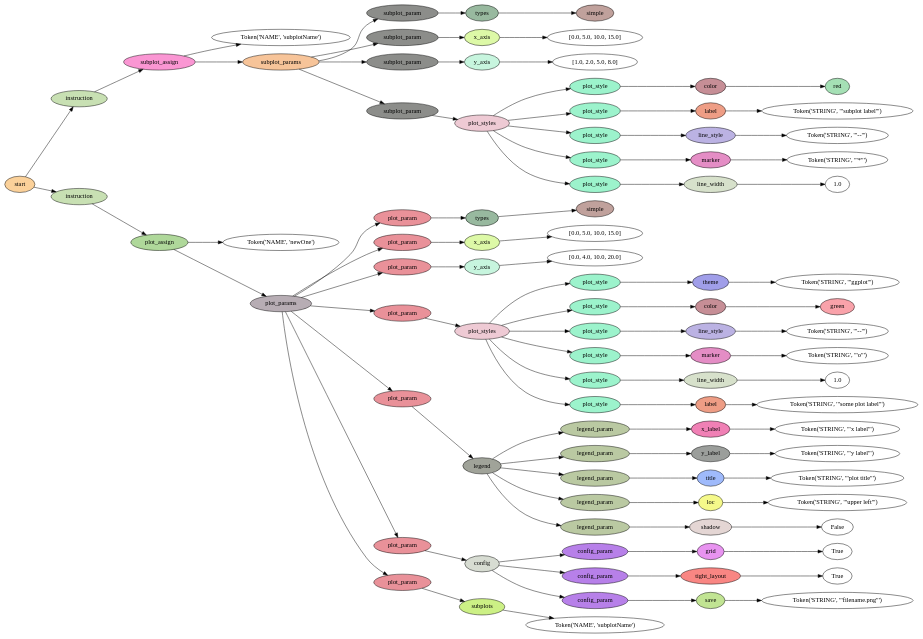
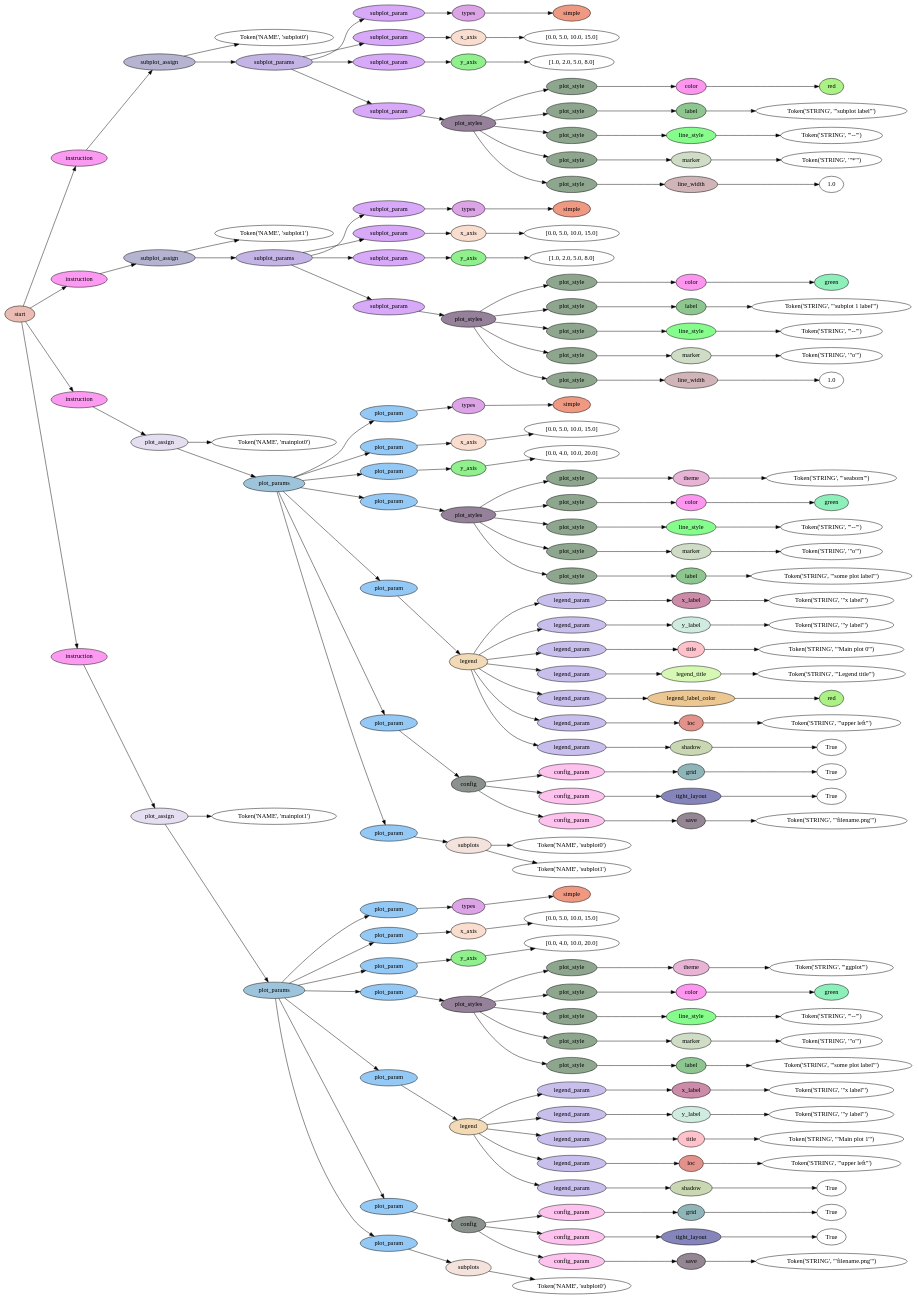
One commit to nichitaa/dsl changed the diagram in main.py.dot. Above: the diagram before and after it, drawn with Graphviz. The commit also changed 3 other files, not shown here.

```diff
--- a/main.py.dot
+++ b/main.py.dot
@@ -1,192 +1,382 @@
 digraph G {
 rankdir=LR;
-0 [label="Token('NAME', 'subplotName')"];
-1 [fillcolor="#c0a19c", label=simple, style=filled];
-2 [fillcolor="#98b99f", label=types, style=filled];
+0 [label="Token('NAME', 'subplot0')"];
+1 [fillcolor="#ef9983", label=simple, style=filled];
+2 [fillcolor="#dca4e7", label=types, style=filled];
 2 -> 1;
-3 [fillcolor="#8c8d8a", label=subplot_param, style=filled];
+3 [fillcolor="#d8a9f8", label=subplot_param, style=filled];
 3 -> 2;
 4 [label="[0.0, 5.0, 10.0, 15.0]"];
-5 [fillcolor="#ddf9a7", label=x_axis, style=filled];
+5 [fillcolor="#f9ddcf", label=x_axis, style=filled];
 5 -> 4;
-6 [fillcolor="#8c8d8a", label=subplot_param, style=filled];
+6 [fillcolor="#d8a9f8", label=subplot_param, style=filled];
 6 -> 5;
 7 [label="[1.0, 2.0, 5.0, 8.0]"];
-8 [fillcolor="#c7f5de", label=y_axis, style=filled];
+8 [fillcolor="#8ff08d", label=y_axis, style=filled];
 8 -> 7;
-9 [fillcolor="#8c8d8a", label=subplot_param, style=filled];
+9 [fillcolor="#d8a9f8", label=subplot_param, style=filled];
 9 -> 8;
-10 [fillcolor="#a5e0b5", label=red, style=filled];
-11 [fillcolor="#c68e96", label=color, style=filled];
+10 [fillcolor="#abf186", label=red, style=filled];
+11 [fillcolor="#fd96ef", label=color, style=filled];
 11 -> 10;
-12 [fillcolor="#9cf3cc", label=plot_style, style=filled];
+12 [fillcolor="#8ea68e", label=plot_style, style=filled];
 12 -> 11;
 13 [label="Token('STRING', '\"subplot label\"')"];
-14 [fillcolor="#ee9d85", label=label, style=filled];
+14 [fillcolor="#8ec690", label=label, style=filled];
 14 -> 13;
-15 [fillcolor="#9cf3cc", label=plot_style, style=filled];
+15 [fillcolor="#8ea68e", label=plot_style, style=filled];
 15 -> 14;
 16 [label="Token('STRING', '\"--\"')"];
-17 [fillcolor="#bbb2e3", label=line_style, style=filled];
+17 [fillcolor="#85fc8b", label=line_style, style=filled];
 17 -> 16;
-18 [fillcolor="#9cf3cc", label=plot_style, style=filled];
+18 [fillcolor="#8ea68e", label=plot_style, style=filled];
 18 -> 17;
 19 [label="Token('STRING', '\"*\"')"];
-20 [fillcolor="#e48dc5", label=marker, style=filled];
+20 [fillcolor="#d0ddc6", label=marker, style=filled];
 20 -> 19;
-21 [fillcolor="#9cf3cc", label=plot_style, style=filled];
+21 [fillcolor="#8ea68e", label=plot_style, style=filled];
 21 -> 20;
 22 [label="1.0"];
-23 [fillcolor="#d7e1cb", label=line_width, style=filled];
+23 [fillcolor="#d0b4b7", label=line_width, style=filled];
 23 -> 22;
-24 [fillcolor="#9cf3cc", label=plot_style, style=filled];
+24 [fillcolor="#8ea68e", label=plot_style, style=filled];
 24 -> 23;
-25 [fillcolor="#eecad4", label=plot_styles, style=filled];
+25 [fillcolor="#958199", label=plot_styles, style=filled];
 25 -> 12;
 25 -> 15;
 25 -> 18;
 25 -> 21;
 25 -> 24;
-26 [fillcolor="#8c8d8a", label=subplot_param, style=filled];
+26 [fillcolor="#d8a9f8", label=subplot_param, style=filled];
 26 -> 25;
-27 [fillcolor="#f7c499", label=subplot_params, style=filled];
+27 [fillcolor="#c4b3e5", label=subplot_params, style=filled];
 27 -> 3;
 27 -> 6;
 27 -> 9;
 27 -> 26;
-28 [fillcolor="#fa96d3", label=subplot_assign, style=filled];
+28 [fillcolor="#b4b3d0", label=subplot_assign, style=filled];
 28 -> 0;
 28 -> 27;
-29 [fillcolor="#c8e0b3", label=instruction, style=filled];
+29 [fillcolor="#fc9af2", label=instruction, style=filled];
 29 -> 28;
-30 [label="Token('NAME', 'newOne')"];
-31 [fillcolor="#c0a19c", label=simple, style=filled];
-32 [fillcolor="#98b99f", label=types, style=filled];
+30 [label="Token('NAME', 'subplot1')"];
+31 [fillcolor="#ef9983", label=simple, style=filled];
+32 [fillcolor="#dca4e7", label=types, style=filled];
 32 -> 31;
-33 [fillcolor="#e99199", label=plot_param, style=filled];
+33 [fillcolor="#d8a9f8", label=subplot_param, style=filled];
 33 -> 32;
 34 [label="[0.0, 5.0, 10.0, 15.0]"];
-35 [fillcolor="#ddf9a7", label=x_axis, style=filled];
+35 [fillcolor="#f9ddcf", label=x_axis, style=filled];
 35 -> 34;
-36 [fillcolor="#e99199", label=plot_param, style=filled];
+36 [fillcolor="#d8a9f8", label=subplot_param, style=filled];
 36 -> 35;
-37 [label="[0.0, 4.0, 10.0, 20.0]"];
-38 [fillcolor="#c7f5de", label=y_axis, style=filled];
+37 [label="[1.0, 2.0, 5.0, 8.0]"];
+38 [fillcolor="#8ff08d", label=y_axis, style=filled];
 38 -> 37;
-39 [fillcolor="#e99199", label=plot_param, style=filled];
+39 [fillcolor="#d8a9f8", label=subplot_param, style=filled];
 39 -> 38;
-40 [label="Token('STRING', '\"ggplot\"')"];
-41 [fillcolor="#a09ee9", label=theme, style=filled];
+40 [fillcolor="#8eefba", label=green, style=filled];
+41 [fillcolor="#fd96ef", label=color, style=filled];
 41 -> 40;
-42 [fillcolor="#9cf3cc", label=plot_style, style=filled];
+42 [fillcolor="#8ea68e", label=plot_style, style=filled];
 42 -> 41;
-43 [fillcolor="#f9a2aa", label=green, style=filled];
-44 [fillcolor="#c68e96", label=color, style=filled];
+43 [label="Token('STRING', '\"subplot 1 label\"')"];
+44 [fillcolor="#8ec690", label=label, style=filled];
 44 -> 43;
-45 [fillcolor="#9cf3cc", label=plot_style, style=filled];
+45 [fillcolor="#8ea68e", label=plot_style, style=filled];
 45 -> 44;
 46 [label="Token('STRING', '\"--\"')"];
-47 [fillcolor="#bbb2e3", label=line_style, style=filled];
+47 [fillcolor="#85fc8b", label=line_style, style=filled];
 47 -> 46;
-48 [fillcolor="#9cf3cc", label=plot_style, style=filled];
+48 [fillcolor="#8ea68e", label=plot_style, style=filled];
 48 -> 47;
 49 [label="Token('STRING', '\"o\"')"];
-50 [fillcolor="#e48dc5", label=marker, style=filled];
+50 [fillcolor="#d0ddc6", label=marker, style=filled];
 50 -> 49;
-51 [fillcolor="#9cf3cc", label=plot_style, style=filled];
+51 [fillcolor="#8ea68e", label=plot_style, style=filled];
 51 -> 50;
 52 [label="1.0"];
-53 [fillcolor="#d7e1cb", label=line_width, style=filled];
+53 [fillcolor="#d0b4b7", label=line_width, style=filled];
 53 -> 52;
-54 [fillcolor="#9cf3cc", label=plot_style, style=filled];
+54 [fillcolor="#8ea68e", label=plot_style, style=filled];
 54 -> 53;
-55 [label="Token('STRING', '\"some plot label\"')"];
-56 [fillcolor="#ee9d85", label=label, style=filled];
+55 [fillcolor="#958199", label=plot_styles, style=filled];
+55 -> 42;
+55 -> 45;
+55 -> 48;
+55 -> 51;
+55 -> 54;
+56 [fillcolor="#d8a9f8", label=subplot_param, style=filled];
 56 -> 55;
-57 [fillcolor="#9cf3cc", label=plot_style, style=filled];
+57 [fillcolor="#c4b3e5", label=subplot_params, style=filled];
+57 -> 33;
+57 -> 36;
+57 -> 39;
 57 -> 56;
-58 [fillcolor="#eecad4", label=plot_styles, style=filled];
-58 -> 42;
-58 -> 45;
-58 -> 48;
-58 -> 51;
-58 -> 54;
+58 [fillcolor="#b4b3d0", label=subplot_assign, style=filled];
+58 -> 30;
 58 -> 57;
-59 [fillcolor="#e99199", label=plot_param, style=filled];
+59 [fillcolor="#fc9af2", label=instruction, style=filled];
 59 -> 58;
-60 [label="Token('STRING', '\"x label\"')"];
-61 [fillcolor="#f080b5", label=x_label, style=filled];
-61 -> 60;
-62 [fillcolor="#bac9a2", label=legend_param, style=filled];
+60 [label="Token('NAME', 'mainplot0')"];
+61 [fillcolor="#ef9983", label=simple, style=filled];
+62 [fillcolor="#dca4e7", label=types, style=filled];
 62 -> 61;
-63 [label="Token('STRING', '\"y label\"')"];
-64 [fillcolor="#9b9e9b", label=y_label, style=filled];
-64 -> 63;
-65 [fillcolor="#bac9a2", label=legend_param, style=filled];
+63 [fillcolor="#95c9f5", label=plot_param, style=filled];
+63 -> 62;
+64 [label="[0.0, 5.0, 10.0, 15.0]"];
+65 [fillcolor="#f9ddcf", label=x_axis, style=filled];
 65 -> 64;
-66 [label="Token('STRING', '\"plot title\"')"];
-67 [fillcolor="#9fbafb", label=title, style=filled];
-67 -> 66;
-68 [fillcolor="#bac9a2", label=legend_param, style=filled];
+66 [fillcolor="#95c9f5", label=plot_param, style=filled];
+66 -> 65;
+67 [label="[0.0, 4.0, 10.0, 20.0]"];
+68 [fillcolor="#8ff08d", label=y_axis, style=filled];
 68 -> 67;
-69 [label="Token('STRING', '\"upper left\"')"];
-70 [fillcolor="#f5f98a", label=loc, style=filled];
-70 -> 69;
-71 [fillcolor="#bac9a2", label=legend_param, style=filled];
+69 [fillcolor="#95c9f5", label=plot_param, style=filled];
+69 -> 68;
+70 [label="Token('STRING', '\"seaborn\"')"];
+71 [fillcolor="#e8b4d6", label=theme, style=filled];
 71 -> 70;
-72 [label=False];
-73 [fillcolor="#e4d6d4", label=shadow, style=filled];
-73 -> 72;
-74 [fillcolor="#bac9a2", label=legend_param, style=filled];
+72 [fillcolor="#8ea68e", label=plot_style, style=filled];
+72 -> 71;
+73 [fillcolor="#8eefba", label=green, style=filled];
+74 [fillcolor="#fd96ef", label=color, style=filled];
 74 -> 73;
-75 [fillcolor="#a0a399", label=legend, style=filled];
-75 -> 62;
-75 -> 65;
-75 -> 68;
-75 -> 71;
+75 [fillcolor="#8ea68e", label=plot_style, style=filled];
 75 -> 74;
-76 [fillcolor="#e99199", label=plot_param, style=filled];
-76 -> 75;
-77 [label=True];
-78 [fillcolor="#e893f0", label=grid, style=filled];
+76 [label="Token('STRING', '\"--\"')"];
+77 [fillcolor="#85fc8b", label=line_style, style=filled];
+77 -> 76;
+78 [fillcolor="#8ea68e", label=plot_style, style=filled];
 78 -> 77;
-79 [fillcolor="#b780e9", label=config_param, style=filled];
-79 -> 78;
-80 [label=True];
-81 [fillcolor="#f98683", label=tight_layout, style=filled];
+79 [label="Token('STRING', '\"o\"')"];
+80 [fillcolor="#d0ddc6", label=marker, style=filled];
+80 -> 79;
+81 [fillcolor="#8ea68e", label=plot_style, style=filled];
 81 -> 80;
-82 [fillcolor="#b780e9", label=config_param, style=filled];
-82 -> 81;
-83 [label="Token('STRING', '\"filename.png\"')"];
-84 [fillcolor="#c1e493", label=save, style=filled];
+82 [label="Token('STRING', '\"some plot label\"')"];
+83 [fillcolor="#8ec690", label=label, style=filled];
+83 -> 82;
+84 [fillcolor="#8ea68e", label=plot_style, style=filled];
 84 -> 83;
-85 [fillcolor="#b780e9", label=config_param, style=filled];
+85 [fillcolor="#958199", label=plot_styles, style=filled];
+85 -> 72;
+85 -> 75;
+85 -> 78;
+85 -> 81;
 85 -> 84;
-86 [fillcolor="#d7dcd2", label=config, style=filled];
-86 -> 79;
-86 -> 82;
+86 [fillcolor="#95c9f5", label=plot_param, style=filled];
 86 -> 85;
-87 [fillcolor="#e99199", label=plot_param, style=filled];
-87 -> 86;
-88 [label="Token('NAME', 'subplotName')"];
-89 [fillcolor="#ccf085", label=subplots, style=filled];
+87 [label="Token('STRING', '\"x label\"')"];
+88 [fillcolor="#cc8ca9", label=x_label, style=filled];
+88 -> 87;
+89 [fillcolor="#c8bfec", label=legend_param, style=filled];
 89 -> 88;
-90 [fillcolor="#e99199", label=plot_param, style=filled];
-90 -> 89;
-91 [fillcolor="#b7adb4", label=plot_params, style=filled];
-91 -> 33;
-91 -> 36;
-91 -> 39;
-91 -> 59;
-91 -> 76;
-91 -> 87;
+90 [label="Token('STRING', '\"y label\"')"];
+91 [fillcolor="#d0ebe0", label=y_label, style=filled];
 91 -> 90;
-92 [fillcolor="#afd89a", label=plot_assign, style=filled];
-92 -> 30;
+92 [fillcolor="#c8bfec", label=legend_param, style=filled];
 92 -> 91;
-93 [fillcolor="#c8e0b3", label=instruction, style=filled];
-93 -> 92;
-94 [fillcolor="#fbd19a", label=start, style=filled];
-94 -> 29;
+93 [label="Token('STRING', '\"Main plot 0\"')"];
+94 [fillcolor="#ffc1ca", label=title, style=filled];
 94 -> 93;
+95 [fillcolor="#c8bfec", label=legend_param, style=filled];
+95 -> 94;
+96 [label="Token('STRING', '\"Legend title\"')"];
+97 [fillcolor="#d7f8b4", label=legend_title, style=filled];
+97 -> 96;
+98 [fillcolor="#c8bfec", label=legend_param, style=filled];
+98 -> 97;
+99 [fillcolor="#abf186", label=red, style=filled];
+100 [fillcolor="#edc792", label=legend_label_color, style=filled];
+100 -> 99;
+101 [fillcolor="#c8bfec", label=legend_param, style=filled];
+101 -> 100;
+102 [label="Token('STRING', '\"upper left\"')"];
+103 [fillcolor="#e2928a", label=loc, style=filled];
+103 -> 102;
+104 [fillcolor="#c8bfec", label=legend_param, style=filled];
+104 -> 103;
+105 [label=True];
+106 [fillcolor="#c9d7b3", label=shadow, style=filled];
+106 -> 105;
+107 [fillcolor="#c8bfec", label=legend_param, style=filled];
+107 -> 106;
+108 [fillcolor="#f2dab7", label=legend, style=filled];
+108 -> 89;
+108 -> 92;
+108 -> 95;
+108 -> 98;
+108 -> 101;
+108 -> 104;
+108 -> 107;
+109 [fillcolor="#95c9f5", label=plot_param, style=filled];
+109 -> 108;
+110 [label=True];
+111 [fillcolor="#8fb5b9", label=grid, style=filled];
+111 -> 110;
+112 [fillcolor="#fec2ee", label=config_param, style=filled];
+112 -> 111;
+113 [label=True];
+114 [fillcolor="#8585bb", label=tight_layout, style=filled];
+114 -> 113;
+115 [fillcolor="#fec2ee", label=config_param, style=filled];
+115 -> 114;
+116 [label="Token('STRING', '\"filename.png\"')"];
+117 [fillcolor="#948692", label=save, style=filled];
+117 -> 116;
+118 [fillcolor="#fec2ee", label=config_param, style=filled];
+118 -> 117;
+119 [fillcolor="#8b928e", label=config, style=filled];
+119 -> 112;
+119 -> 115;
+119 -> 118;
+120 [fillcolor="#95c9f5", label=plot_param, style=filled];
+120 -> 119;
+121 [label="Token('NAME', 'subplot0')"];
+122 [label="Token('NAME', 'subplot1')"];
+123 [fillcolor="#f3e3dc", label=subplots, style=filled];
+123 -> 121;
+123 -> 122;
+124 [fillcolor="#95c9f5", label=plot_param, style=filled];
+124 -> 123;
+125 [fillcolor="#9ec4dc", label=plot_params, style=filled];
+125 -> 63;
+125 -> 66;
+125 -> 69;
+125 -> 86;
+125 -> 109;
+125 -> 120;
+125 -> 124;
+126 [fillcolor="#e5def0", label=plot_assign, style=filled];
+126 -> 60;
+126 -> 125;
+127 [fillcolor="#fc9af2", label=instruction, style=filled];
+127 -> 126;
+128 [label="Token('NAME', 'mainplot1')"];
+129 [fillcolor="#ef9983", label=simple, style=filled];
+130 [fillcolor="#dca4e7", label=types, style=filled];
+130 -> 129;
+131 [fillcolor="#95c9f5", label=plot_param, style=filled];
+131 -> 130;
+132 [label="[0.0, 5.0, 10.0, 15.0]"];
+133 [fillcolor="#f9ddcf", label=x_axis, style=filled];
+133 -> 132;
+134 [fillcolor="#95c9f5", label=plot_param, style=filled];
+134 -> 133;
+135 [label="[0.0, 4.0, 10.0, 20.0]"];
+136 [fillcolor="#8ff08d", label=y_axis, style=filled];
+136 -> 135;
+137 [fillcolor="#95c9f5", label=plot_param, style=filled];
+137 -> 136;
+138 [label="Token('STRING', '\"ggplot\"')"];
+139 [fillcolor="#e8b4d6", label=theme, style=filled];
+139 -> 138;
+140 [fillcolor="#8ea68e", label=plot_style, style=filled];
+140 -> 139;
+141 [fillcolor="#8eefba", label=green, style=filled];
+142 [fillcolor="#fd96ef", label=color, style=filled];
+142 -> 141;
+143 [fillcolor="#8ea68e", label=plot_style, style=filled];
+143 -> 142;
+144 [label="Token('STRING', '\"--\"')"];
+145 [fillcolor="#85fc8b", label=line_style, style=filled];
+145 -> 144;
+146 [fillcolor="#8ea68e", label=plot_style, style=filled];
+146 -> 145;
+147 [label="Token('STRING', '\"o\"')"];
+148 [fillcolor="#d0ddc6", label=marker, style=filled];
+148 -> 147;
+149 [fillcolor="#8ea68e", label=plot_style, style=filled];
+149 -> 148;
+150 [label="Token('STRING', '\"some plot label\"')"];
+151 [fillcolor="#8ec690", label=label, style=filled];
+151 -> 150;
+152 [fillcolor="#8ea68e", label=plot_style, style=filled];
+152 -> 151;
+153 [fillcolor="#958199", label=plot_styles, style=filled];
+153 -> 140;
+153 -> 143;
+153 -> 146;
+153 -> 149;
+153 -> 152;
+154 [fillcolor="#95c9f5", label=plot_param, style=filled];
+154 -> 153;
+155 [label="Token('STRING', '\"x label\"')"];
+156 [fillcolor="#cc8ca9", label=x_label, style=filled];
+156 -> 155;
+157 [fillcolor="#c8bfec", label=legend_param, style=filled];
+157 -> 156;
+158 [label="Token('STRING', '\"y label\"')"];
+159 [fillcolor="#d0ebe0", label=y_label, style=filled];
+159 -> 158;
+160 [fillcolor="#c8bfec", label=legend_param, style=filled];
+160 -> 159;
+161 [label="Token('STRING', '\"Main plot 1\"')"];
+162 [fillcolor="#ffc1ca", label=title, style=filled];
+162 -> 161;
+163 [fillcolor="#c8bfec", label=legend_param, style=filled];
+163 -> 162;
+164 [label="Token('STRING', '\"upper left\"')"];
+165 [fillcolor="#e2928a", label=loc, style=filled];
+165 -> 164;
+166 [fillcolor="#c8bfec", label=legend_param, style=filled];
+166 -> 165;
+167 [label=True];
+168 [fillcolor="#c9d7b3", label=shadow, style=filled];
+168 -> 167;
+169 [fillcolor="#c8bfec", label=legend_param, style=filled];
+169 -> 168;
+170 [fillcolor="#f2dab7", label=legend, style=filled];
+170 -> 157;
+170 -> 160;
+170 -> 163;
+170 -> 166;
+170 -> 169;
+171 [fillcolor="#95c9f5", label=plot_param, style=filled];
+171 -> 170;
+172 [label=True];
+173 [fillcolor="#8fb5b9", label=grid, style=filled];
+173 -> 172;
+174 [fillcolor="#fec2ee", label=config_param, style=filled];
+174 -> 173;
+175 [label=True];
+176 [fillcolor="#8585bb", label=tight_layout, style=filled];
+176 -> 175;
+177 [fillcolor="#fec2ee", label=config_param, style=filled];
+177 -> 176;
+178 [label="Token('STRING', '\"filename.png\"')"];
+179 [fillcolor="#948692", label=save, style=filled];
+179 -> 178;
+180 [fillcolor="#fec2ee", label=config_param, style=filled];
+180 -> 179;
+181 [fillcolor="#8b928e", label=config, style=filled];
+181 -> 174;
+181 -> 177;
+181 -> 180;
+182 [fillcolor="#95c9f5", label=plot_param, style=filled];
+182 -> 181;
+183 [label="Token('NAME', 'subplot0')"];
+184 [fillcolor="#f3e3dc", label=subplots, style=filled];
+184 -> 183;
+185 [fillcolor="#95c9f5", label=plot_param, style=filled];
+185 -> 184;
+186 [fillcolor="#9ec4dc", label=plot_params, style=filled];
+186 -> 131;
+186 -> 134;
+186 -> 137;
+186 -> 154;
+186 -> 171;
+186 -> 182;
+186 -> 185;
+187 [fillcolor="#e5def0", label=plot_assign, style=filled];
+187 -> 128;
+187 -> 186;
+188 [fillcolor="#fc9af2", label=instruction, style=filled];
+188 -> 187;
+189 [fillcolor="#eabcb4", label=start, style=filled];
+189 -> 29;
+189 -> 59;
+189 -> 127;
+189 -> 188;
 }
```
